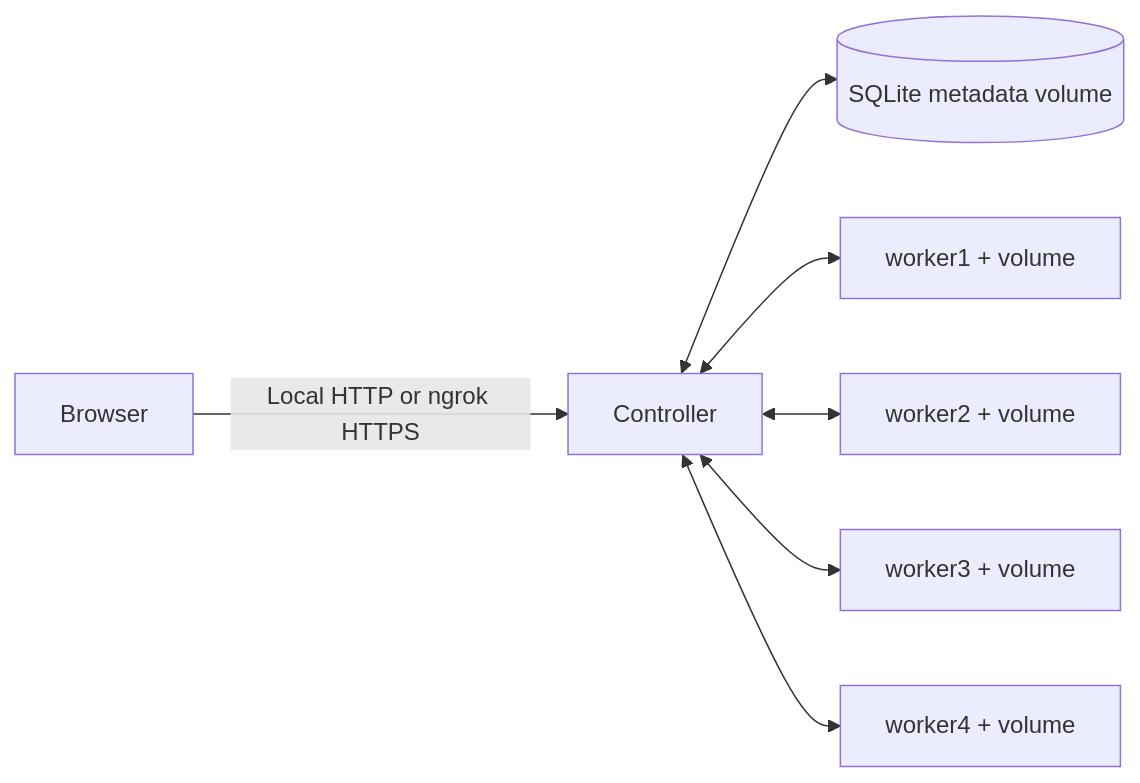
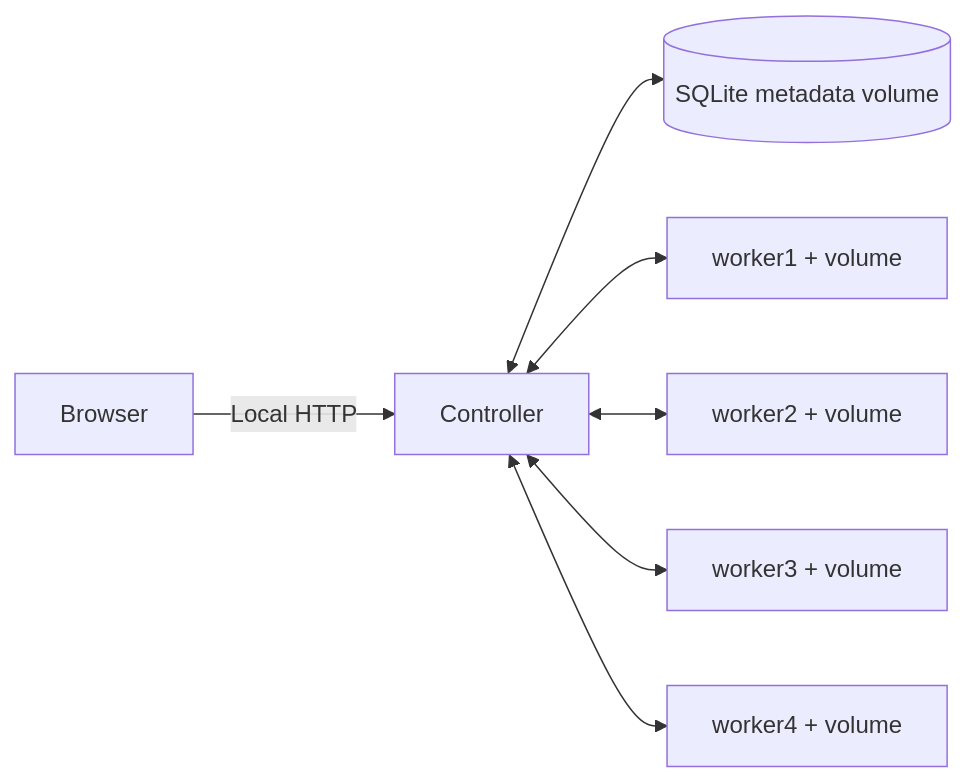
The diagram in README.md (KiritoReborn/mini-object-store), drawn with Mermaid before and after one commit. The commit also changed other lines of this file, not shown here.

Commit message:
Document local evaluator setup with full worker controls

````diff
--- a/README.md
+++ b/README.md
@@ -143,9 +111,9 @@
 ```mermaid
 flowchart LR
-    B[Browser] -->|Local HTTP or ngrok HTTPS| C[Controller]
+    B[Browser] -->|Local HTTP| C[Controller]
     C <--> D[(SQLite metadata volume)]
     C <--> W1[worker1 + volume]
     C <--> W2[worker2 + volume]
     C <--> W3[worker3 + volume]
     C <--> W4[worker4 + volume]
 ```
````
